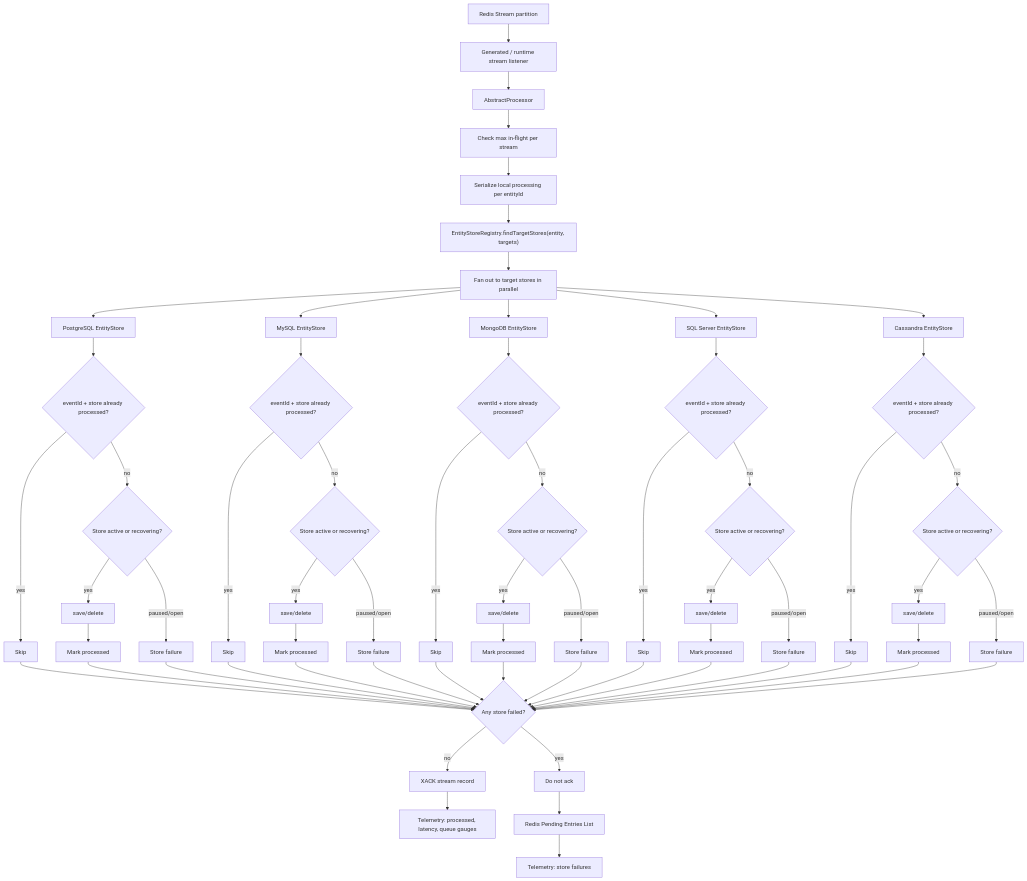
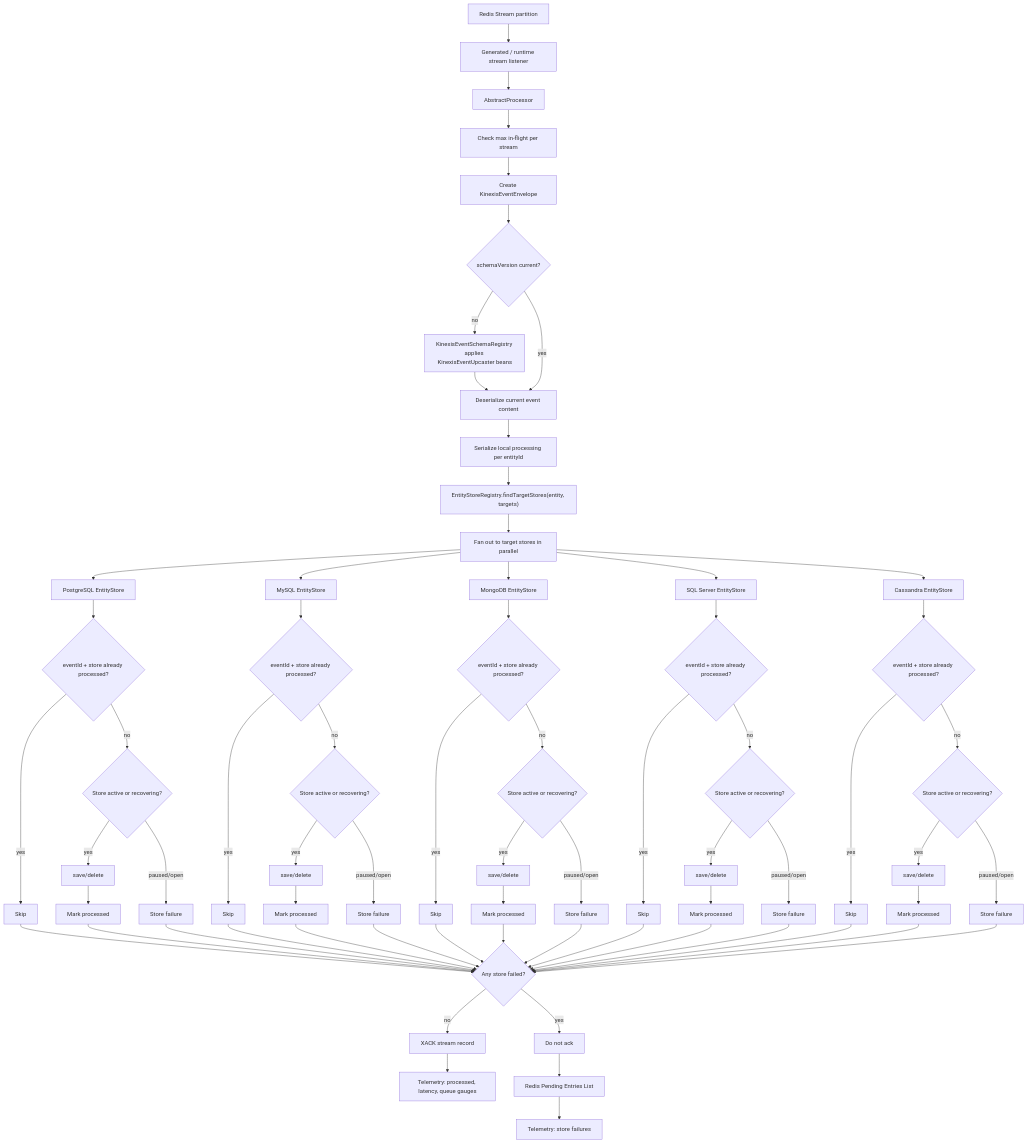
Before and after one commit to foogaro/kinexis: the second of 8 diagrams in WORKFLOWS.md, drawn with Mermaid. The commit also changed other lines of this file and 27 other files, not shown here.

````diff
--- a/WORKFLOWS.md
+++ b/WORKFLOWS.md
@@ -40,76 +41,81 @@
 ```mermaid
 graph TD
     RedisStream["Redis Stream partition"] --> Listener["Generated / runtime stream listener"]
     Listener --> Processor["AbstractProcessor"]
 
     Processor --> Capacity["Check max in-flight per stream"]
-    Capacity --> EntityOrder["Serialize local processing per entityId"]
+    Capacity --> Envelope["Create KinexisEventEnvelope"]
+    Envelope --> Upcast{"schemaVersion current?"}
+    Upcast -- "no" --> Registry["KinexisEventSchemaRegistry applies KinexisEventUpcaster beans"]
+    Upcast -- "yes" --> Deserialize["Deserialize current event content"]
+    Registry --> Deserialize
+    Deserialize --> EntityOrder["Serialize local processing per entityId"]
     EntityOrder --> ResolveStores["EntityStoreRegistry.findTargetStores(entity, targets)"]
 
     ResolveStores --> FanOut["Fan out to target stores in parallel"]
 
     FanOut --> StoreA["PostgreSQL EntityStore"]
     FanOut --> StoreB["MySQL EntityStore"]
     FanOut --> StoreC["MongoDB EntityStore"]
     FanOut --> StoreD["SQL Server EntityStore"]
     FanOut --> StoreE["Cassandra EntityStore"]
 
     StoreA --> IdemA{"eventId + store already processed?"}
     StoreB --> IdemB{"eventId + store already processed?"}
     StoreC --> IdemC{"eventId + store already processed?"}
     StoreD --> IdemD{"eventId + store already processed?"}
     StoreE --> IdemE{"eventId + store already processed?"}
 
     IdemA -- "yes" --> SkipA["Skip"]
     IdemB -- "yes" --> SkipB["Skip"]
     IdemC -- "yes" --> SkipC["Skip"]
     IdemD -- "yes" --> SkipD["Skip"]
     IdemE -- "yes" --> SkipE["Skip"]
 
     IdemA -- "no" --> HealthA{"Store active or recovering?"}
     IdemB -- "no" --> HealthB{"Store active or recovering?"}
     IdemC -- "no" --> HealthC{"Store active or recovering?"}
     IdemD -- "no" --> HealthD{"Store active or recovering?"}
     IdemE -- "no" --> HealthE{"Store active or recovering?"}
 
     HealthA -- "yes" --> WriteA["save/delete"]
     HealthB -- "yes" --> WriteB["save/delete"]
     HealthC -- "yes" --> WriteC["save/delete"]
     HealthD -- "yes" --> WriteD["save/delete"]
     HealthE -- "yes" --> WriteE["save/delete"]
 
     HealthA -- "paused/open" --> HealthFailA["Store failure"]
     HealthB -- "paused/open" --> HealthFailB["Store failure"]
     HealthC -- "paused/open" --> HealthFailC["Store failure"]
     HealthD -- "paused/open" --> HealthFailD["Store failure"]
     HealthE -- "paused/open" --> HealthFailE["Store failure"]
 
     WriteA --> MarkA["Mark processed"]
     WriteB --> MarkB["Mark processed"]
     WriteC --> MarkC["Mark processed"]
     WriteD --> MarkD["Mark processed"]
     WriteE --> MarkE["Mark processed"]
 
     MarkA --> Result{"Any store failed?"}
     MarkB --> Result
     MarkC --> Result
     MarkD --> Result
     MarkE --> Result
     SkipA --> Result
     SkipB --> Result
     SkipC --> Result
     SkipD --> Result
     SkipE --> Result
     HealthFailA --> Result
     HealthFailB --> Result
     HealthFailC --> Result
     HealthFailD --> Result
     HealthFailE --> Result
 
     Result -- "no" --> Ack["XACK stream record"]
     Ack --> MetricsOK["Telemetry: processed, latency, queue gauges"]
 
     Result -- "yes" --> NoAck["Do not ack"]
     NoAck --> PEL["Redis Pending Entries List"]
     PEL --> MetricsFail["Telemetry: store failures"]
 ```
````
